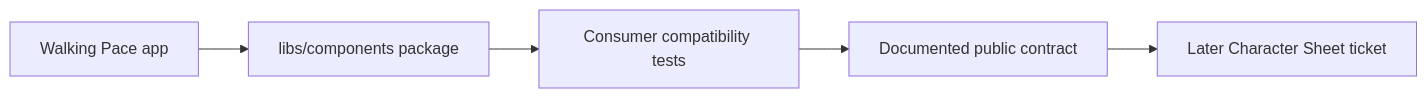
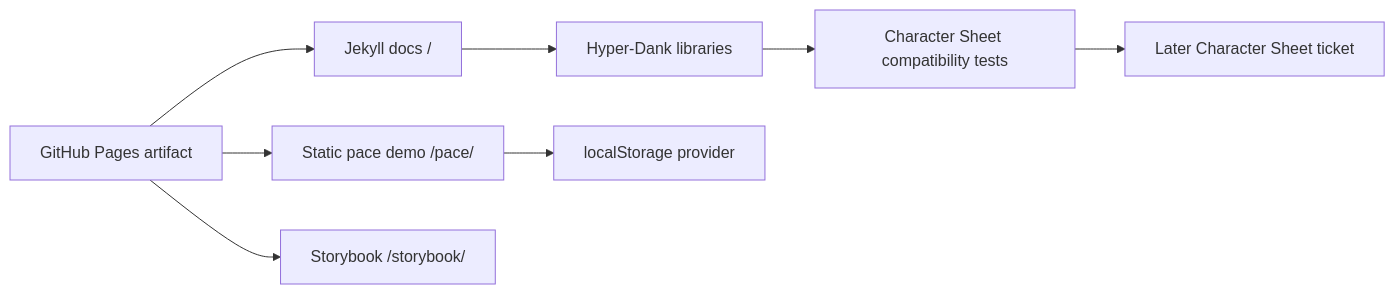
The diagram in docs/epics/pace-0020.md (Macavitymadcap/hyper-dank), drawn with Mermaid before and after one commit. The commit also changed other lines of this file and 48 other files, not shown here.

Commit message:
feat(platform): add Hyper-Dank Pages platform

````diff
--- a/docs/epics/pace-0020.md
+++ b/docs/epics/pace-0020.md
@@ -57,7 +60,10 @@
 ```mermaid
 flowchart LR
-  PaceLib["libs/components package"] --> Compat["Consumer compatibility tests"]
-  Compat --> Contract["Documented public contract"]
-  Contract --> SheetTicket["Later Character Sheet ticket"]
-  PaceApp["Walking Pace app"] --> PaceLib
+  Docs["Jekyll docs /"] --> Packages["Hyper-Dank libraries"]
+  Pages["GitHub Pages artifact"] --> Docs
+  Pages --> Demo["Static pace demo /pace/"]
+  Pages --> Storybook["Storybook /storybook/"]
+  Demo --> Storage["localStorage provider"]
+  Packages --> Compat["Character Sheet compatibility tests"]
+  Compat --> SheetTicket["Later Character Sheet ticket"]
 ```
````
